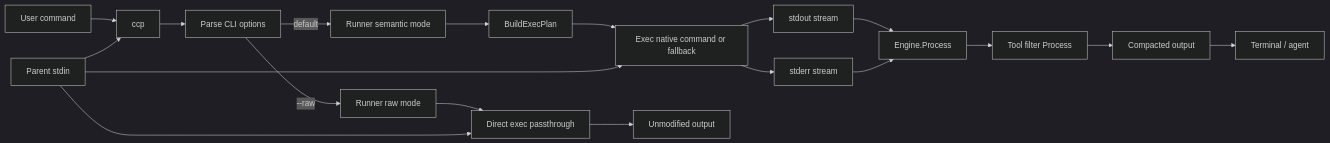
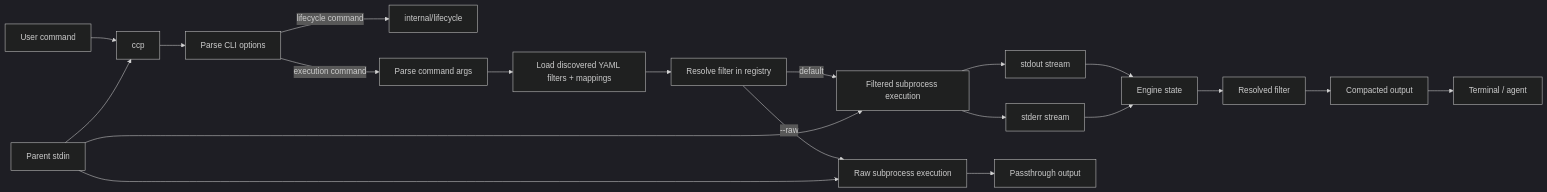
Before and after one commit to SuppieRK/ccp: the diagram in ARCHITECTURE.md, drawn with Mermaid (dark theme). The commit also changed other lines of this file and 1316 other files, not shown here.

Commit message:
feat: Major rework for better filter authoring as a YAML (#52)

````diff
--- a/ARCHITECTURE.md
+++ b/ARCHITECTURE.md
@@ -29,23 +32,22 @@
 ```mermaid
 flowchart LR
     U[User command] --> C[ccp]
     IN[Parent stdin] --> C
     C --> O[Parse CLI options]
-    O -->|--raw| R0[Runner raw mode]
-    O -->|default| R1[Runner semantic mode]
-
-    R1 --> P[BuildExecPlan]
-    P --> X[Exec native command or fallback]
-    IN --> X
-    X --> S1[stdout stream]
-    X --> S2[stderr stream]
-    S1 --> E[Engine.Process]
+    O -->|lifecycle command| L[internal/lifecycle]
+    O -->|execution command| P[Parse command args]
+    P --> D[Load discovered YAML filters + mappings]
+    D --> R[Resolve filter in registry]
+    R -->|--raw| X0[Raw subprocess execution]
+    R -->|default| X1[Filtered subprocess execution]
+    IN --> X0
+    IN --> X1
+    X1 --> S1[stdout stream]
+    X1 --> S2[stderr stream]
+    S1 --> E[Engine state]
     S2 --> E
-    E --> F[Tool filter Process]
+    E --> F[Resolved filter]
     F --> OUT[Compacted output]
     OUT --> T[Terminal / agent]
-
-    R0 --> XR[Direct exec passthrough]
-    IN --> XR
-    XR --> TR[Unmodified output]
+    X0 --> TR[Passthrough output]
 ```
````
